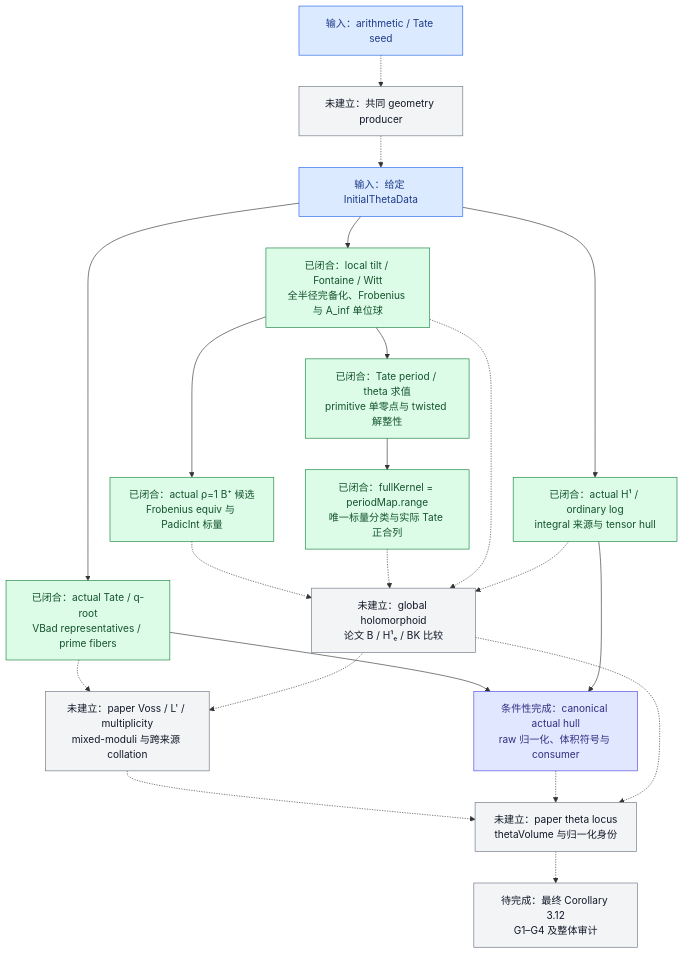
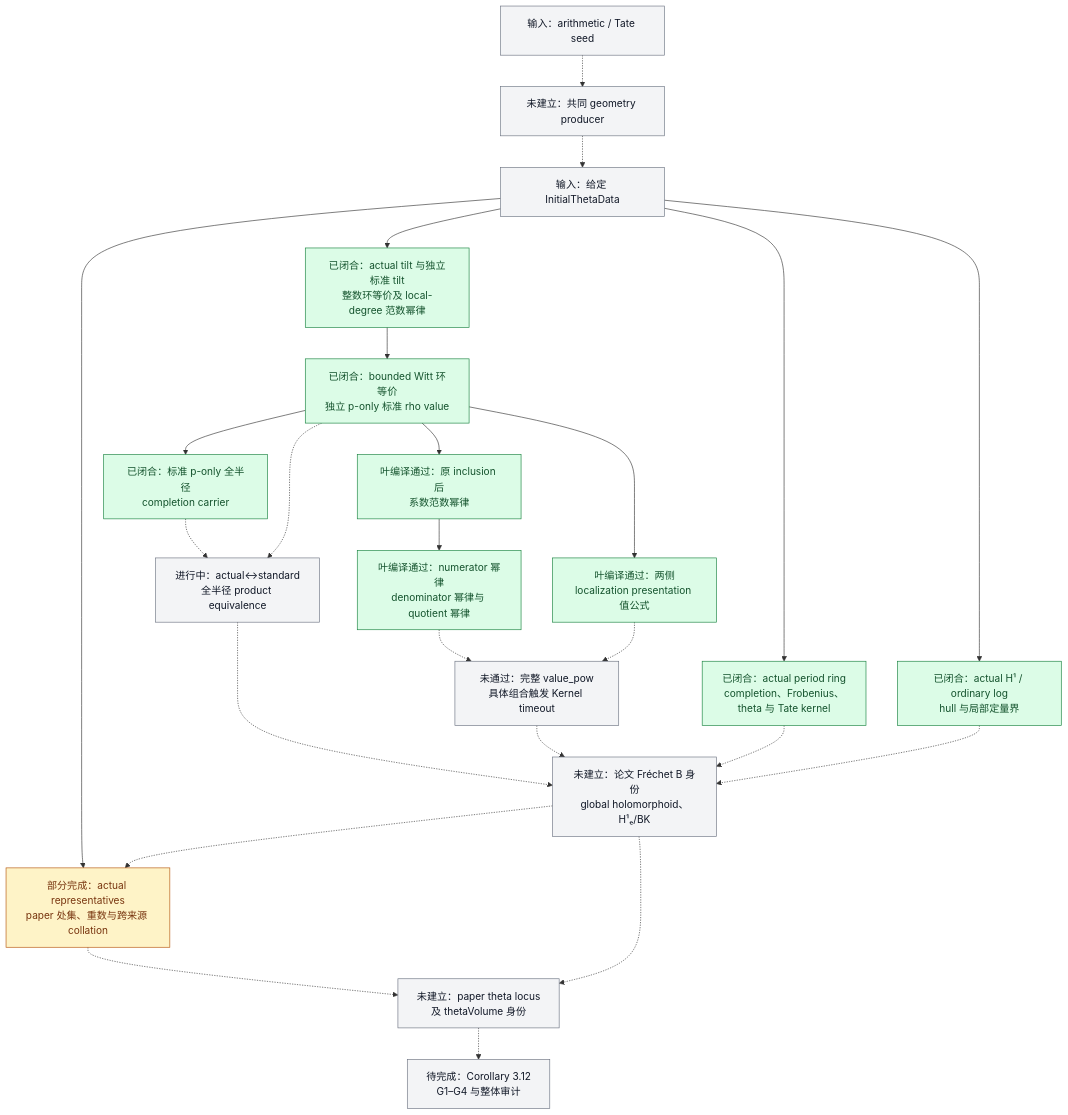
The diagram in docs/Scene1进度总览.md (Ember-Institute/KirtiJoshi-abc), drawn with Mermaid before and after one commit. The commit also changed other lines of this file, not shown here.

````diff
--- a/docs/Scene1进度总览.md
+++ b/docs/Scene1进度总览.md
@@ -61,47 +66,51 @@
 ```mermaid
 flowchart TD
     S["输入：arithmetic / Tate seed"]
     P["未建立：共同 geometry producer"]
     D["输入：给定 InitialThetaData"]
-    Q["已闭合：actual Tate / q-root\nVBad representatives / prime fibers"]
-    F["已闭合：local tilt / Fontaine / Witt\n全半径完备化、Frobenius 与 A_inf 单位球"]
-    H["已闭合：actual H¹ / ordinary log\nintegral 来源与 tensor hull"]
-    T["已闭合：Tate period / theta 求值\nprimitive 单零点与 twisted 解整性"]
-    K["已闭合：fullKernel = periodMap.range\n唯一标量分类与实际 Tate 正合列"]
-    BP["已闭合：actual ρ=1 B⁺ 候选\nFrobenius equiv 与 PadicInt 标量"]
-    A["条件性完成：canonical actual hull\nraw 归一化、体积符号与 consumer"]
-    B["未建立：global holomorphoid\n论文 B / H¹ₑ / BK 比较"]
-    R["未建立：paper Voss / L' / multiplicity\nmixed-moduli 与跨来源 collation"]
-    V["未建立：paper theta locus\nthetaVolume 与归一化身份"]
-    C["待完成：最终 Corollary 3.12\nG1–G4 及整体审计"]
+    T["已闭合：actual tilt 与独立标准 tilt<br/>整数环等价及 local-degree 范数幂律"]
+    E["已闭合：bounded Witt 环等价<br/>独立 p-only 标准 rho value"]
+    W["已闭合：标准 p-only 全半径<br/>completion carrier"]
+    O["叶编译通过：原 inclusion 后<br/>系数范数幂律"]
+    N["叶编译通过：numerator 幂律<br/>denominator 幂律与 quotient 幂律"]
+    A["叶编译通过：两侧<br/>localization presentation 值公式"]
+    V["未通过：完整 value_pow<br/>具体组合触发 Kernel timeout"]
+    U["进行中：actual↔standard<br/>全半径 product equivalence"]
+    F["已闭合：actual period ring<br/>completion、Frobenius、theta 与 Tate kernel"]
+    H["已闭合：actual H¹ / ordinary log<br/>hull 与局部定量界"]
+    B["未建立：论文 Fréchet B 身份<br/>global holomorphoid、H¹ₑ/BK"]
+    R["部分完成：actual representatives<br/>paper 处集、重数与跨来源 collation"]
+    L["未建立：paper theta locus<br/>及 thetaVolume 身份"]
+    C["待完成：Corollary 3.12<br/>G1–G4 与整体审计"]
 
     S -.-> P
     P -.-> D
-    D --> Q
+    D --> T
+    T --> E
+    E --> O
+    E --> W
+    O --> N
+    E --> A
+    N -.-> V
+    A -.-> V
+    W -.-> U
+    E -.-> U
+    U -.-> B
     D --> F
     D --> H
-    F --> T
-    T --> K
-    F --> BP
-    BP -.-> B
-    K -.-> B
+    V -.-> B
     F -.-> B
     H -.-> B
-    Q --> A
-    H --> A
-    Q -.-> R
+    D --> R
     B -.-> R
-    R -.-> V
-    A -.-> V
-    B -.-> V
-    V -.-> C
+    R -.-> L
+    B -.-> L
+    L -.-> C
 
-    classDef input fill:#dbeafe,stroke:#2563eb,color:#1e3a8a;
     classDef done fill:#dcfce7,stroke:#15803d,color:#14532d;
-    classDef conditional fill:#e0e7ff,stroke:#4f46e5,color:#312e81;
+    classDef partial fill:#fef3c7,stroke:#b45309,color:#78350f;
     classDef open fill:#f3f4f6,stroke:#6b7280,color:#111827;
-    class S,D input;
-    class Q,F,H,T,K,BP done;
-    class A conditional;
-    class P,B,R,V,C open;
+    class T,E,O,W,N,A,F,H done;
+    class R partial;
+    class S,D,P,V,U,B,L,C open;
 ```
````
